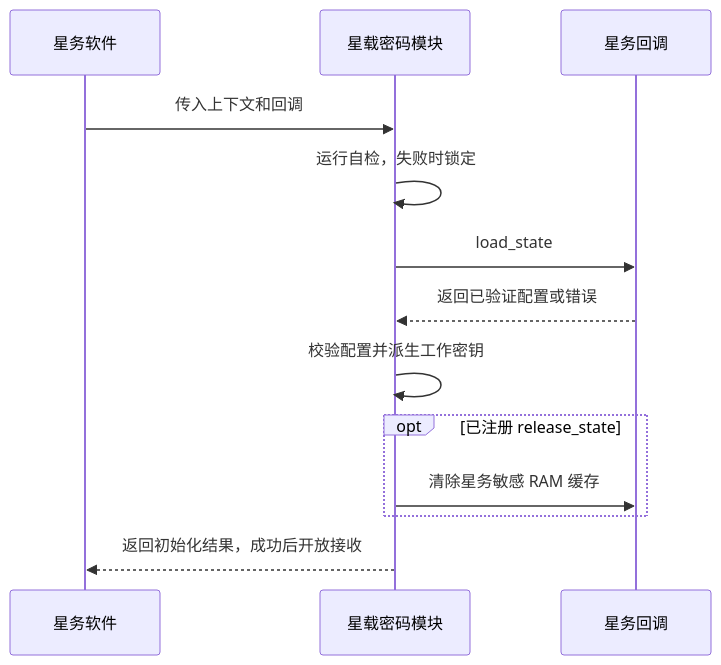
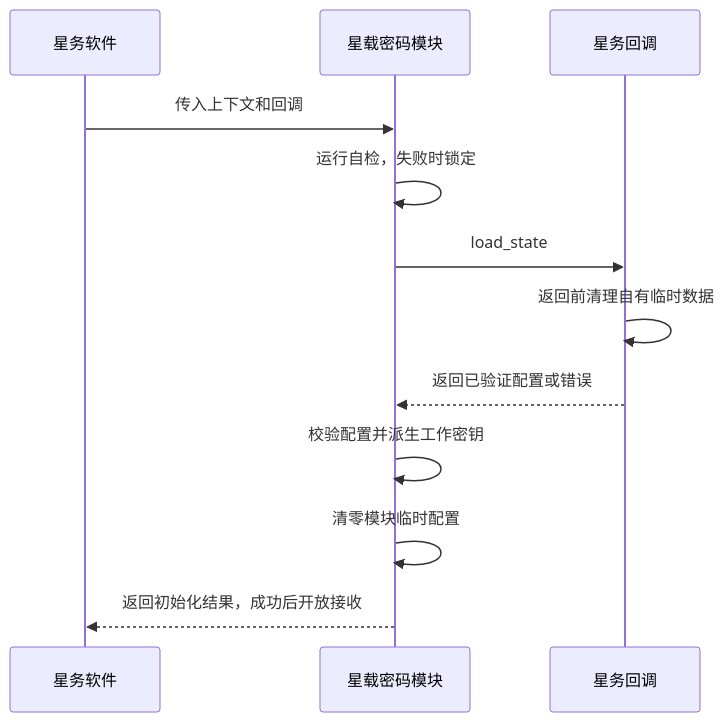
The second of 11 diagrams in docs/FLIGHT_INTERFACE_MANUAL.md (HangzeGao/key-vault), drawn with Mermaid before and after one commit. The commit also changed other lines of this file and 7 other files, not shown here.

````diff
--- a/docs/FLIGHT_INTERFACE_MANUAL.md
+++ b/docs/FLIGHT_INTERFACE_MANUAL.md
@@ -617,15 +609,14 @@
 ```mermaid
 sequenceDiagram
     participant S as 星务软件
     participant C as 星载密码模块
     participant P as 星务回调
     S->>C: 传入上下文和回调
     C->>C: 运行自检，失败时锁定
     C->>P: load_state
+    P->>P: 返回前清理自有临时数据
     P-->>C: 返回已验证配置或错误
     C->>C: 校验配置并派生工作密钥
-    opt 已注册 release_state
-        C->>P: 清除星务敏感 RAM 缓存
-    end
+    C->>C: 清零模块临时配置
     C-->>S: 返回初始化结果，成功后开放接收
 ```
````
